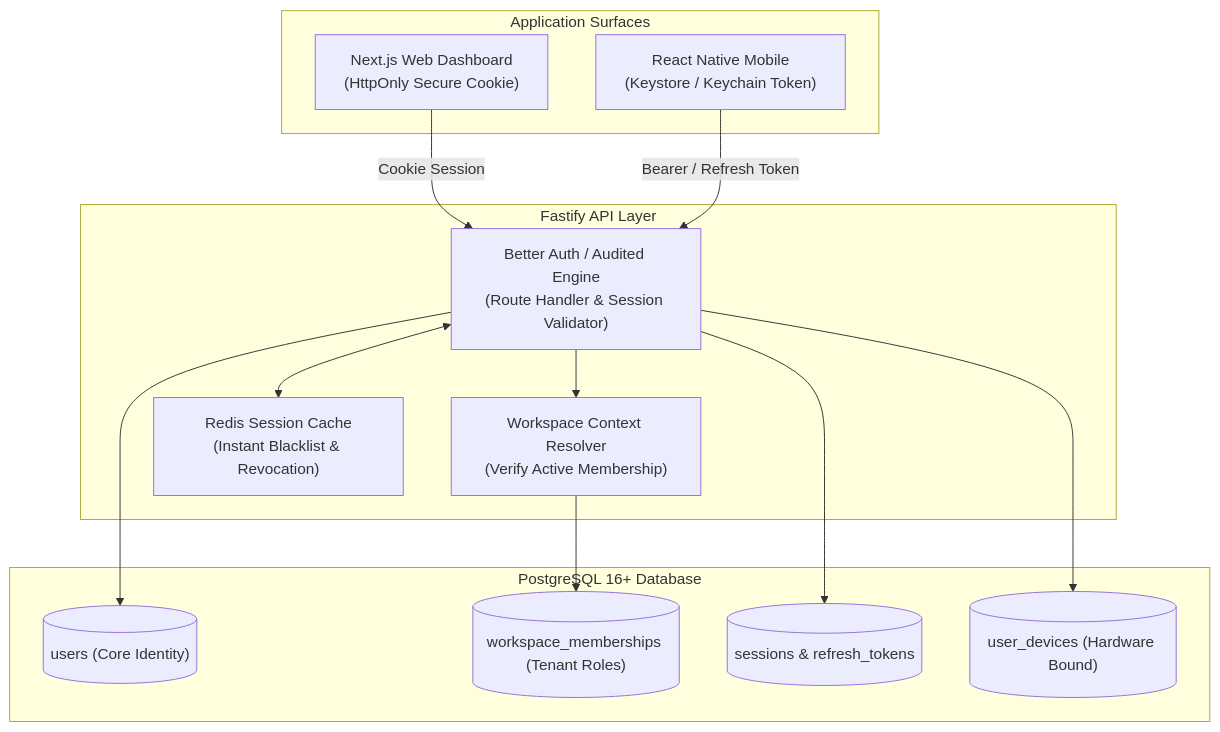
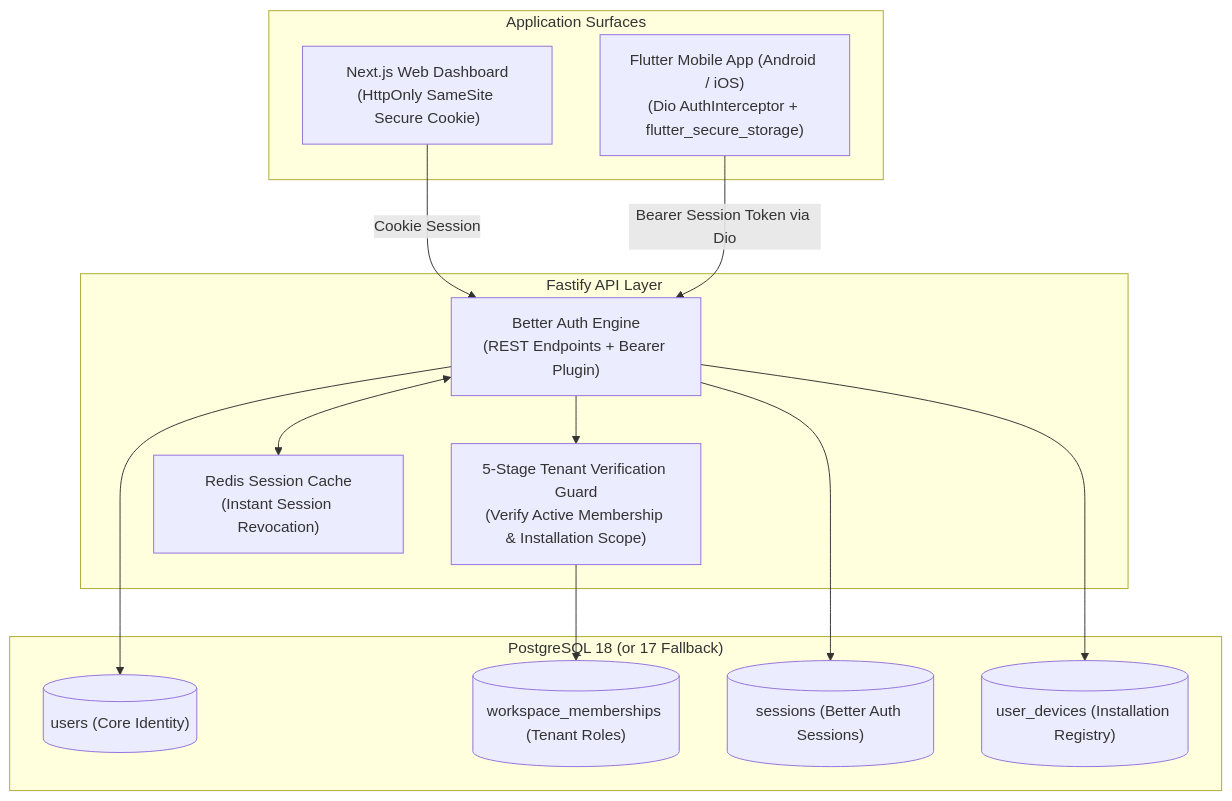
Before and after one commit to djsushilkumar/oprino: the diagram in docs/architecture/ADR-006-authentication.md, drawn with Mermaid. The commit also changed other lines of this file and 151 other files, not shown here.

Commit message:
chore: freeze Flutter architecture and Phase 01B baseline

````diff
--- a/docs/architecture/ADR-006-authentication.md
+++ b/docs/architecture/ADR-006-authentication.md
@@ -99,26 +69,26 @@
 ```mermaid
 flowchart TD
     subgraph Clients["Application Surfaces"]
-        WEB["Next.js Web Dashboard<br>(HttpOnly Secure Cookie)"]
-        MOB["React Native Mobile<br>(Keystore / Keychain Token)"]
+        WEB["Next.js Web Dashboard<br>(HttpOnly SameSite Secure Cookie)"]
+        MOB["Flutter Mobile App (Android / iOS)<br>(Dio AuthInterceptor + flutter_secure_storage)"]
     end
 
     subgraph FastifyAPI["Fastify API Layer"]
-        AUTH_PLUGIN["Better Auth / Audited Engine<br>(Route Handler & Session Validator)"]
-        TENANT_GUARD["Workspace Context Resolver<br>(Verify Active Membership)"]
-        SESSION_CACHE["Redis Session Cache<br>(Instant Blacklist & Revocation)"]
+        AUTH_PLUGIN["Better Auth Engine<br>(REST Endpoints + Bearer Plugin)"]
+        TENANT_GUARD["5-Stage Tenant Verification Guard<br>(Verify Active Membership & Installation Scope)"]
+        SESSION_CACHE["Redis Session Cache<br>(Instant Session Revocation)"]
     end
 
-    subgraph DB["PostgreSQL 16+ Database"]
+    subgraph DB["PostgreSQL 18 (or 17 Fallback)"]
         USERS[("users (Core Identity)")]
         MEMBERSHIPS[("workspace_memberships (Tenant Roles)")]
-        SESSIONS[("sessions & refresh_tokens")]
-        DEVICES[("user_devices (Hardware Bound)")]
+        SESSIONS[("sessions (Better Auth Sessions)")]
+        DEVICES[("user_devices (Installation Registry)")]
     end
 
     WEB -->|Cookie Session| AUTH_PLUGIN
-    MOB -->|Bearer / Refresh Token| AUTH_PLUGIN
+    MOB -->|Bearer Session Token via Dio| AUTH_PLUGIN
     AUTH_PLUGIN <--> SESSION_CACHE
     AUTH_PLUGIN --> USERS & SESSIONS & DEVICES
     AUTH_PLUGIN --> TENANT_GUARD --> MEMBERSHIPS
 ```
````
